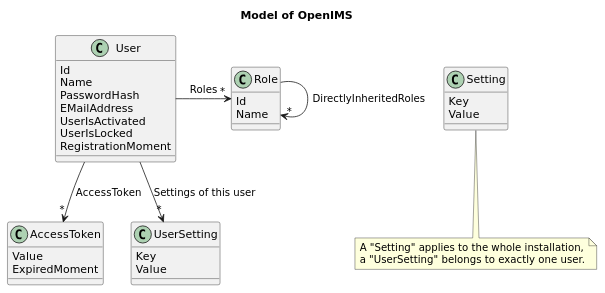
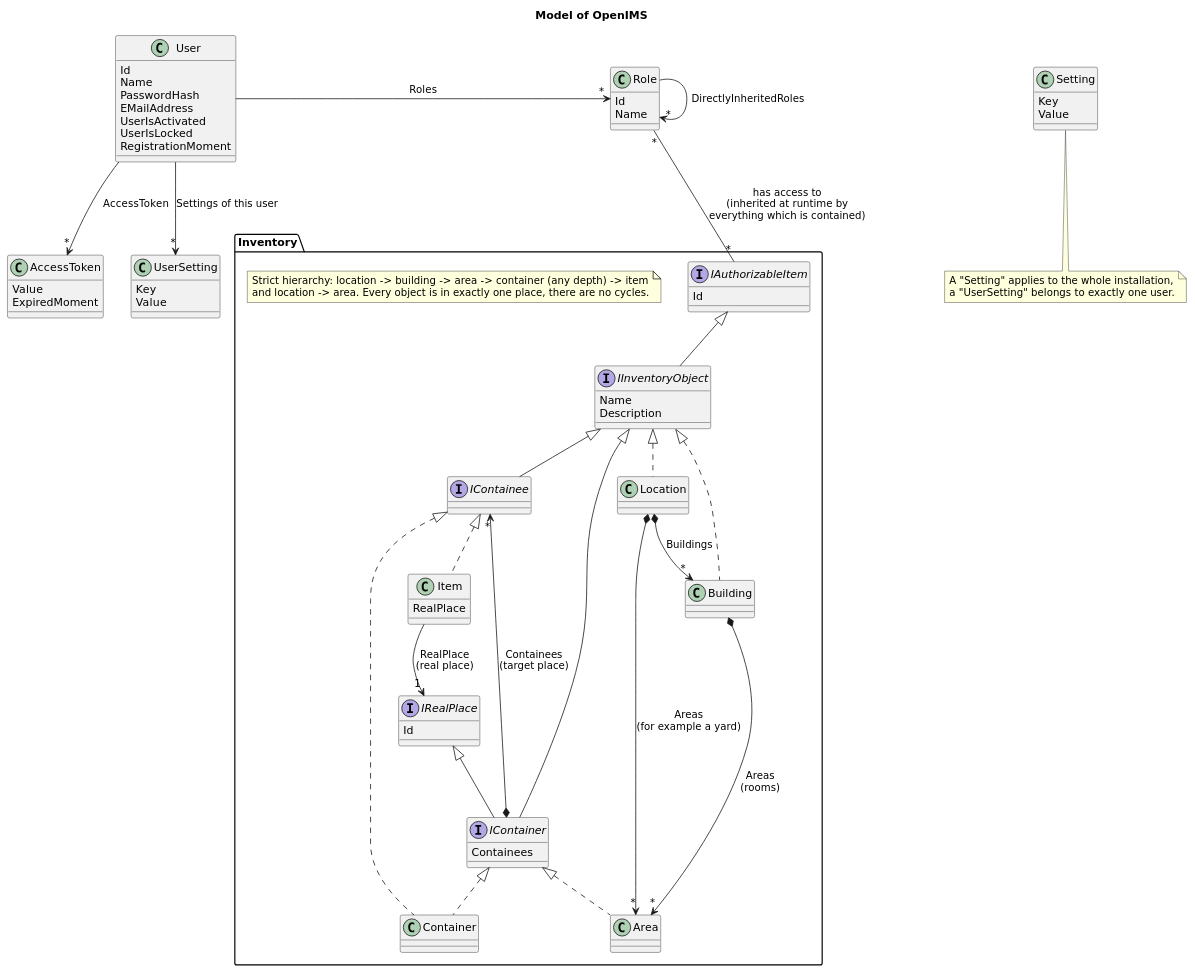
The diagram in Other/Reference/Technical/Diagrams/Model.plantuml (anionDevelopment/OpenIMS), drawn with PlantUML before and after one commit. The commit also changed 143 other files, not shown here.

```diff
--- a/Other/Reference/Technical/Diagrams/Model.plantuml
+++ b/Other/Reference/Technical/Diagrams/Model.plantuml
@@ -1,46 +1,99 @@
 @startuml Model
 skinparam defaultFontName "DejaVu Sans"
 title Model of OpenIMS
 
 class User {
   Id
   Name
   PasswordHash
   EMailAddress
   UserIsActivated
   UserIsLocked
   RegistrationMoment
 }
 
 class Role {
   Id
   Name
 }
 
 class AccessToken {
   Value
   ExpiredMoment
 }
 
 class UserSetting {
   Key
   Value
 }
 
 class Setting {
   Key
   Value
 }
 
 User -right-> "*" Role : Roles
 Role --> "*" Role : DirectlyInheritedRoles
 User --> "*" AccessToken : AccessToken
 User --> "*" UserSetting : Settings of this user
 
 note as SettingNote
   A "Setting" applies to the whole installation,
   a "UserSetting" belongs to exactly one user.
 end note
 Setting .. SettingNote
 
+package "Inventory" {
+  interface IAuthorizableItem {
+    Id
+  }
+
+  interface IInventoryObject {
+    Name
+    Description
+  }
+
+  interface IRealPlace {
+    Id
+  }
+
+  interface IContainee
+
+  interface IContainer {
+    Containees
+  }
+
+  class Location
+  class Building
+  class Area
+  class Container
+  class Item {
+    RealPlace
+  }
+
+  IAuthorizableItem <|-- IInventoryObject
+  IInventoryObject <|-- IContainee
+  IInventoryObject <|-- IContainer
+  IRealPlace <|-- IContainer
+  IInventoryObject <|.. Location
+  IInventoryObject <|.. Building
+  IContainer <|.. Area
+  IContainer <|.. Container
+  IContainee <|.. Container
+  IContainee <|.. Item
+
+  Location *--> "*" Building : Buildings
+  Location *--> "*" Area : Areas\n(for example a yard)
+  Building *--> "*" Area : Areas\n(rooms)
+  IContainer *--> "*" IContainee : Containees\n(target place)
+  Item --> "1" IRealPlace : RealPlace\n(real place)
+
+  note as InventoryNote
+    Strict hierarchy: location -> building -> area -> container (any depth) -> item
+    and location -> area. Every object is in exactly one place, there are no cycles.
+  end note
+}
+
+Role "*" -- "*" IAuthorizableItem : has access to\n(inherited at runtime by\neverything which is contained)
+
 @enduml
```
